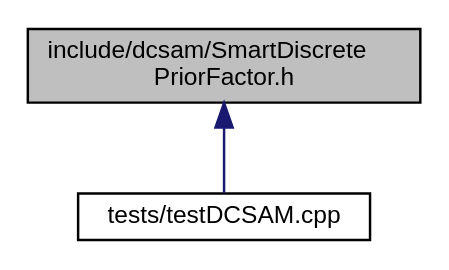
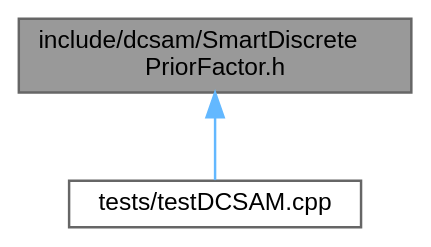
One commit to MarineRoboticsGroup/dcsam changed the diagram in _smart_discrete_prior_factor_8h__dep__incl.dot. Above: the diagram before and after it, drawn with Graphviz. The commit also changed 348 other files, not shown here.

```diff
--- a/_smart_discrete_prior_factor_8h__dep__incl.dot
+++ b/_smart_discrete_prior_factor_8h__dep__incl.dot
@@ -1,9 +1,10 @@
 digraph "include/dcsam/SmartDiscretePriorFactor.h"
 {
  // LATEX_PDF_SIZE
-  edge [fontname="Helvetica",fontsize="10",labelfontname="Helvetica",labelfontsize="10"];
-  node [fontname="Helvetica",fontsize="10",shape=record];
-  Node1 [label="include/dcsam/SmartDiscrete\lPriorFactor.h",height=0.2,width=0.4,color="black", fillcolor="grey75", style="filled", fontcolor="black",tooltip="Updateable prior factor."];
-  Node1 -> Node2 [dir="back",color="midnightblue",fontsize="10",style="solid",fontname="Helvetica"];
-  Node2 [label="tests/testDCSAM.cpp",height=0.2,width=0.4,color="black", fillcolor="white", style="filled",URL="$test_d_c_s_a_m_8cpp.html",tooltip="Unit tests for DCSAM."];
+  bgcolor="transparent";
+  edge [fontname=Helvetica,fontsize=10,labelfontname=Helvetica,labelfontsize=10];
+  node [fontname=Helvetica,fontsize=10,shape=box,height=0.2,width=0.4];
+  Node1 [id="Node000001",label="include/dcsam/SmartDiscrete\lPriorFactor.h",height=0.2,width=0.4,color="gray40", fillcolor="grey60", style="filled", fontcolor="black",tooltip="Updateable prior factor."];
+  Node1 -> Node2 [id="edge1_Node000001_Node000002",dir="back",color="steelblue1",style="solid",tooltip=" "];
+  Node2 [id="Node000002",label="tests/testDCSAM.cpp",height=0.2,width=0.4,color="grey40", fillcolor="white", style="filled",URL="$test_d_c_s_a_m_8cpp.html",tooltip="Unit tests for DCSAM."];
 }
```
